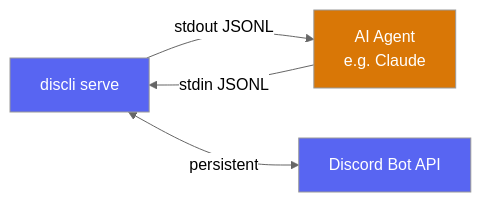
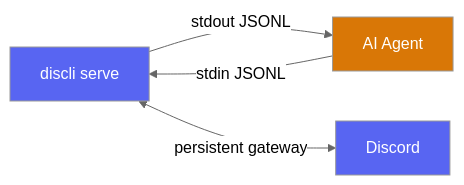
The diagram in README.md (DevRohit06/discli), drawn with Mermaid (neutral theme) before and after one commit. The commit also changed other lines of this file, not shown here.

````diff
--- a/README.md
+++ b/README.md
@@ -44,10 +163,10 @@
 ```mermaid
 graph LR
-    A[discli serve] -->|stdout JSONL| B[AI Agent\ne.g. Claude]
+    A[discli serve] -->|stdout JSONL| B[AI Agent]
     B -->|stdin JSONL| A
-    A <-->|persistent| C[Discord Bot API]
+    A <-->|persistent gateway| C[Discord]
 
     style A fill:#5865F2,color:#fff
     style B fill:#D97706,color:#fff
     style C fill:#5865F2,color:#fff
 ```
````
